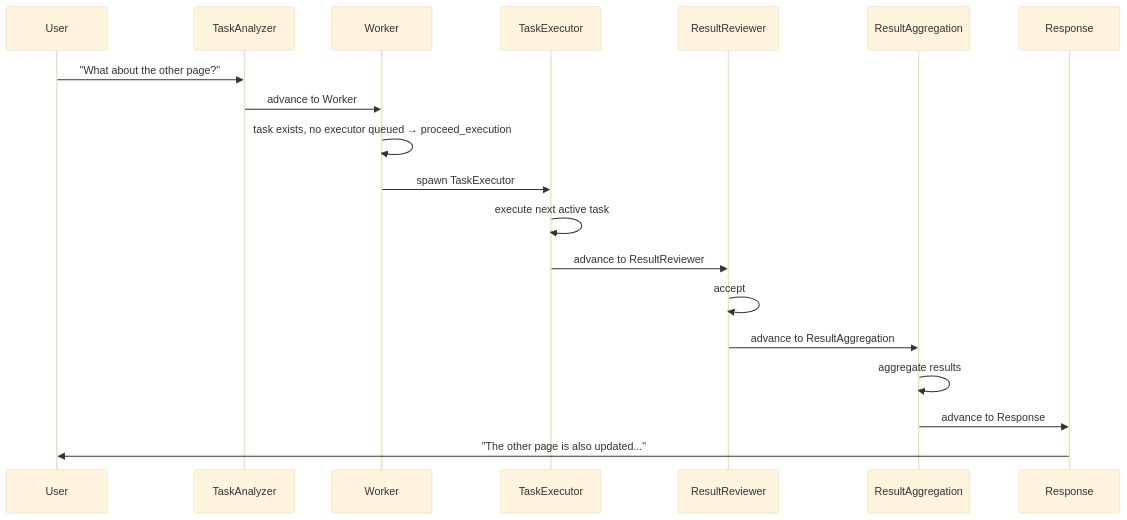
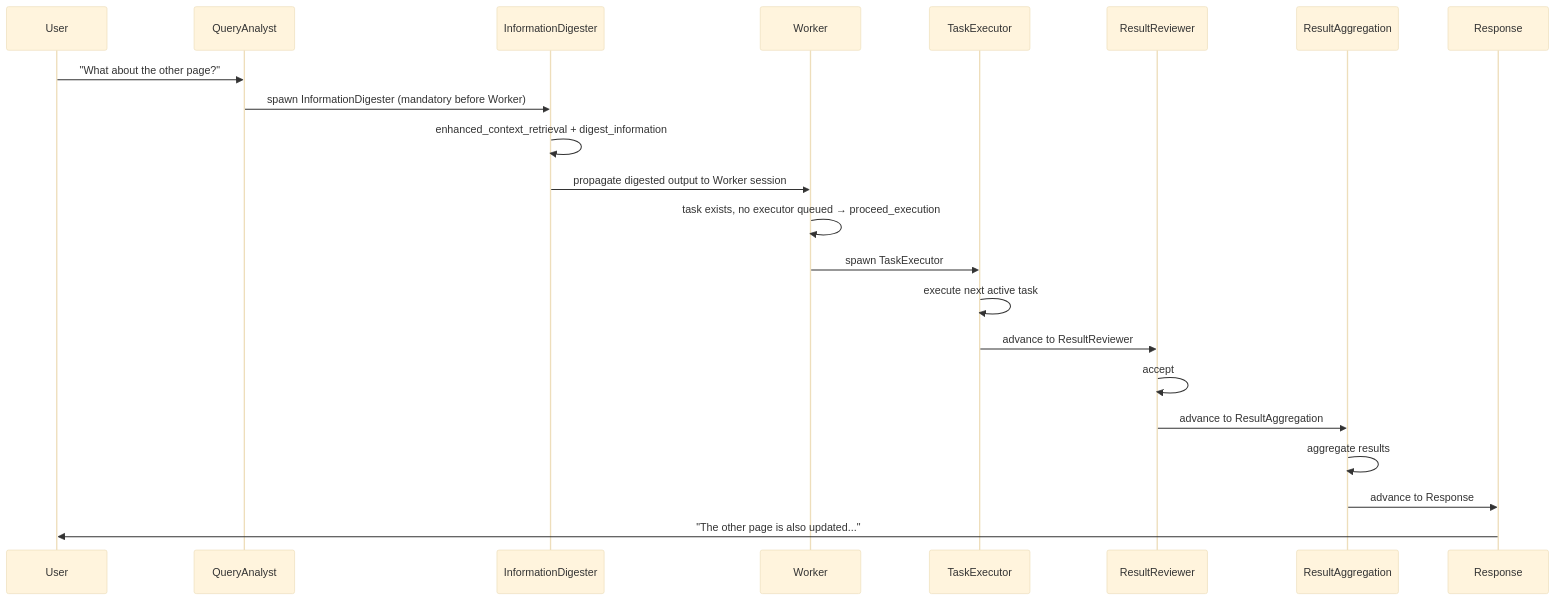
The second of 17 diagrams in src/tinycua/docs/design/loops/expected_scenarios.md (VJyzCELERY/TINYCUA), drawn with Mermaid (base theme) before and after one commit. The commit also changed other lines of this file and 6 other files, not shown here.

First line of the commit message:
fix(design): spawn InformationDigester before WorkerNode for better routing context

````diff
--- a/src/tinycua/docs/design/loops/expected_scenarios.md
+++ b/src/tinycua/docs/design/loops/expected_scenarios.md
@@ -64,22 +68,25 @@
 ```mermaid
 sequenceDiagram
     participant User
-    participant QA as TaskAnalyzer
+    participant QA as QueryAnalyst
+    participant ID as InformationDigester
     participant W as Worker
     participant TE as TaskExecutor
     participant RR as ResultReviewer
     participant RAgg as ResultAggregation
     participant R as Response
 
     User->>QA: "What about the other page?"
-    QA->>W: advance to Worker
+    QA->>ID: spawn InformationDigester (mandatory before Worker)
+    ID->>ID: enhanced_context_retrieval + digest_information
+    ID->>W: propagate digested output to Worker session
     W->>W: task exists, no executor queued → proceed_execution
     W->>TE: spawn TaskExecutor
     TE->>TE: execute next active task
     TE->>RR: advance to ResultReviewer
     RR->>RR: accept
     RR->>RAgg: advance to ResultAggregation
     RAgg->>RAgg: aggregate results
     RAgg->>R: advance to Response
     R->>User: "The other page is also updated..."
 ```
````
